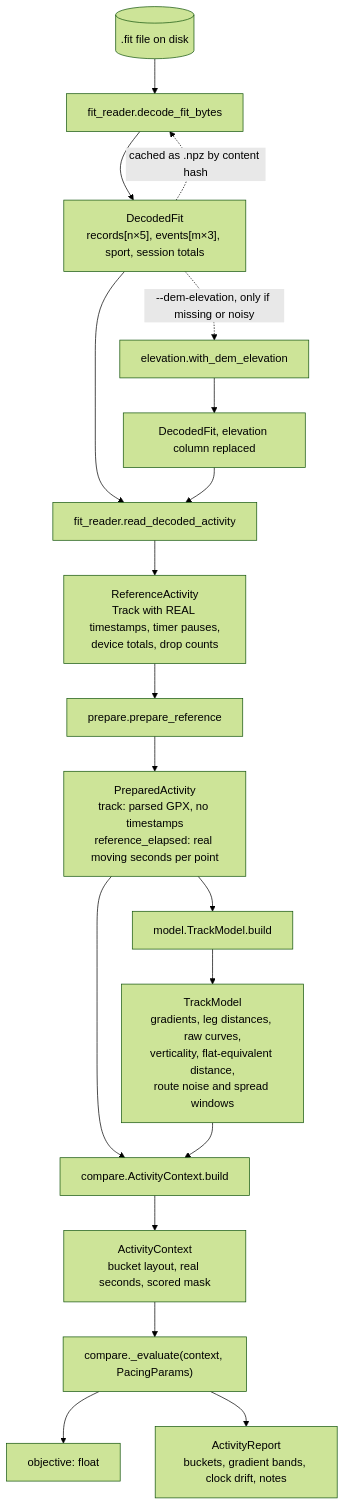
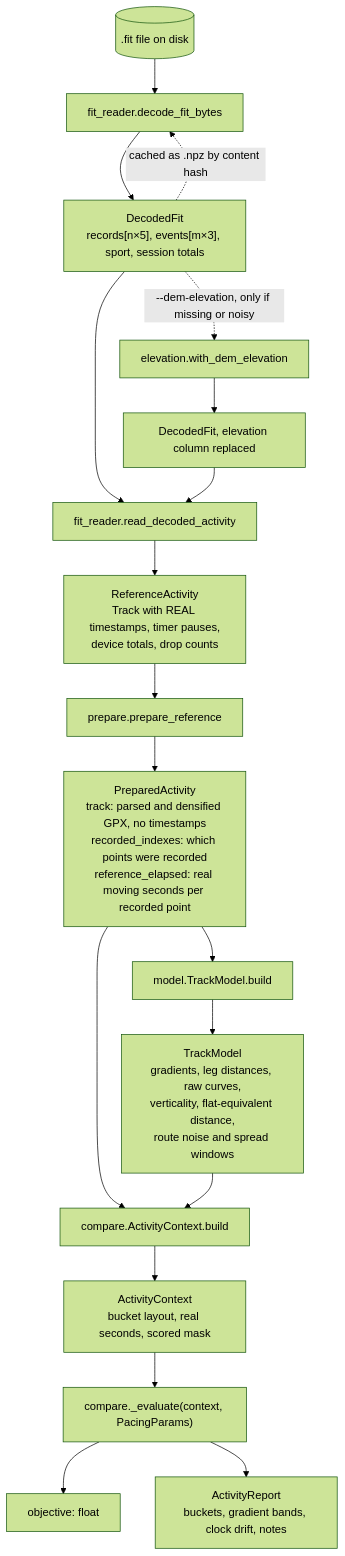
The second of 16 diagrams in docs/TUNING_ARCHITECTURE.md (martin-iflap/GPX_to_FIT), drawn with Mermaid (forest theme) before and after one commit. The commit also changed other lines of this file and 7 other files, not shown here.

Commit message:
densify track for sparse .gpx files for better accuracy (also because fit writer writes at 1Hz). Harness uses this logic but compares only to real recorded points.

````diff
--- a/docs/TUNING_ARCHITECTURE.md
+++ b/docs/TUNING_ARCHITECTURE.md
@@ -133,21 +133,21 @@
 ```mermaid
 flowchart TD
   file[(".fit file on disk")] --> dfb["fit_reader.decode_fit_bytes"]
   dfb --> DF["DecodedFit<br/>records[n×5], events[m×3], sport, session totals"]
   DF -. "cached as .npz by content hash" .-> dfb
   DF -. "--dem-elevation, only if missing or noisy" .-> wde["elevation.with_dem_elevation"]
   wde --> DF2["DecodedFit, elevation column replaced"]
   DF --> rda["fit_reader.read_decoded_activity"]
   DF2 --> rda
   rda --> RA["ReferenceActivity<br/>Track with REAL timestamps, timer pauses,<br/>device totals, drop counts"]
   RA --> pr["prepare.prepare_reference"]
-  pr --> PA["PreparedActivity<br/>track: parsed GPX, no timestamps<br/>reference_elapsed: real moving seconds per point"]
+  pr --> PA["PreparedActivity<br/>track: parsed and densified GPX, no timestamps<br/>recorded_indexes: which points were recorded<br/>reference_elapsed: real moving seconds per recorded point"]
   PA --> tmb["model.TrackModel.build"]
   tmb --> TM["TrackModel<br/>gradients, leg distances, raw curves,<br/>verticality, flat-equivalent distance,<br/>route noise and spread windows"]
   PA --> acb["compare.ActivityContext.build"]
   TM --> acb
   acb --> AC["ActivityContext<br/>bucket layout, real seconds, scored mask"]
   AC --> ev["compare._evaluate(context, PacingParams)"]
   ev --> OBJ["objective: float"]
   ev --> AR["ActivityReport<br/>buckets, gradient bands, clock drift, notes"]
 ```
````
